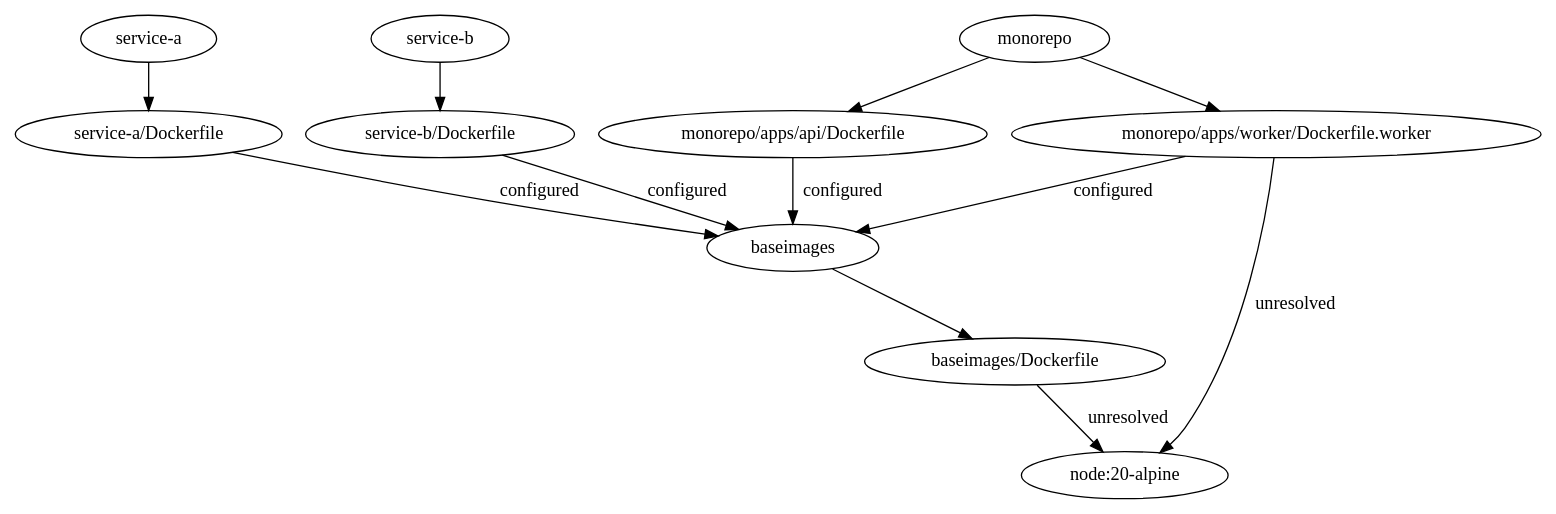
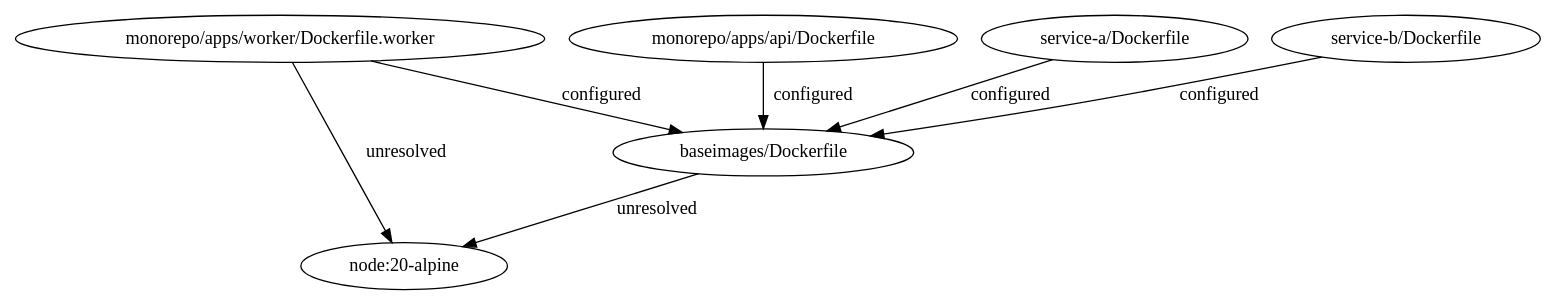
The diagram in examples/fixture-output/dependency-graph.dot (Ingeniator/repo-graph), drawn with Graphviz before and after one commit. The commit also changed 19 other files, not shown here.

```diff
--- a/examples/fixture-output/dependency-graph.dot
+++ b/examples/fixture-output/dependency-graph.dot
@@ -1,23 +1,14 @@
 digraph RepoGraph {
-  baseimages [label="baseimages"];
   baseimages_Dockerfile [label="baseimages/Dockerfile"];
-  baseimages -> baseimages_Dockerfile;
-  service_a [label="service-a"];
+  monorepo_apps_api_Dockerfile [label="monorepo/apps/api/Dockerfile"];
+  monorepo_apps_worker_Dockerfile_worker [label="monorepo/apps/worker/Dockerfile.worker"];
+  node_20_alpine [label="node:20-alpine"];
   service_a_Dockerfile [label="service-a/Dockerfile"];
-  service_a -> service_a_Dockerfile;
-  service_b [label="service-b"];
   service_b_Dockerfile [label="service-b/Dockerfile"];
-  service_b -> service_b_Dockerfile;
-  monorepo [label="monorepo"];
-  monorepo_apps_api_Dockerfile [label="monorepo/apps/api/Dockerfile"];
-  monorepo -> monorepo_apps_api_Dockerfile;
-  monorepo_apps_worker_Dockerfile_worker [label="monorepo/apps/worker/Dockerfile.worker"];
-  monorepo -> monorepo_apps_worker_Dockerfile_worker;
-  node_20_alpine [label="node:20-alpine"];
   baseimages_Dockerfile -> node_20_alpine [label="unresolved"];
-  service_a_Dockerfile -> baseimages [label="configured"];
-  service_b_Dockerfile -> baseimages [label="configured"];
-  monorepo_apps_api_Dockerfile -> baseimages [label="configured"];
+  monorepo_apps_api_Dockerfile -> baseimages_Dockerfile [label="configured"];
+  monorepo_apps_worker_Dockerfile_worker -> baseimages_Dockerfile [label="configured"];
   monorepo_apps_worker_Dockerfile_worker -> node_20_alpine [label="unresolved"];
-  monorepo_apps_worker_Dockerfile_worker -> baseimages [label="configured"];
+  service_a_Dockerfile -> baseimages_Dockerfile [label="configured"];
+  service_b_Dockerfile -> baseimages_Dockerfile [label="configured"];
 }
```
